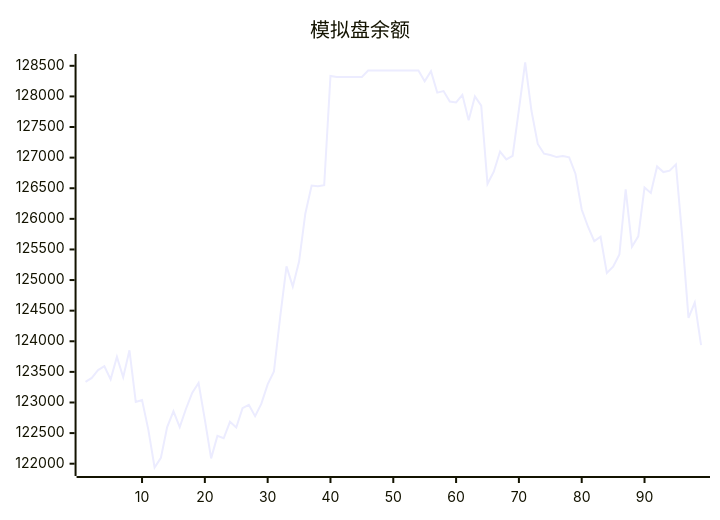
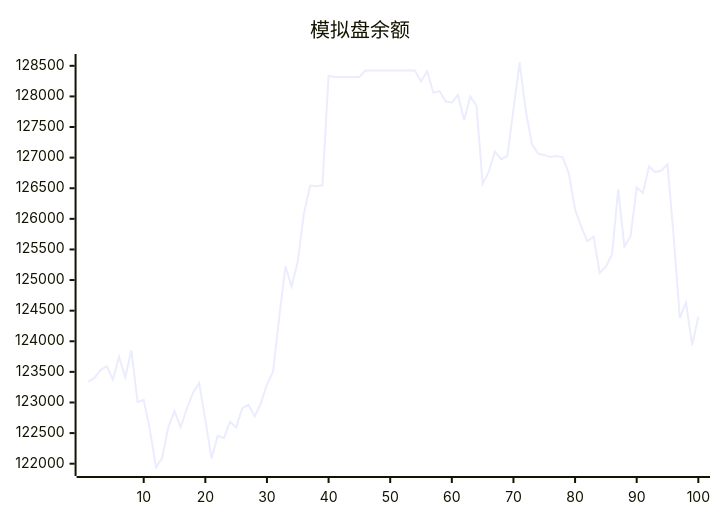
Before and after one commit to aahl/ai-trading: the diagram in README.md, drawn with Mermaid. The commit also changed other lines of this file and 1 other file, not shown here.

````diff
--- a/README.md
+++ b/README.md
@@ -5,5 +5,5 @@
 ```mermaid
 xychart
     title "模拟盘余额"
-    line [123338,123402,123530,123592,123378,123745,123413,123853,123009,123040,122557,121938,122095,122599,122856,122597,122898,123160,123319,122719,122087,122454,122416,122685,122592,122907,122961,122776,122981,123295,123507,124403,125224,124894,125303,126088,126544,126534,126549,128335,128318,128318,128318,128318,128318,128424,128424,128424,128424,128424,128424,128424,128424,128424,128247,128412,128062,128087,127917,127901,128026,127611,128000,127850,126572,126770,127100,126971,127029,127783,128554,127765,127224,127064,127044,127009,127025,127004,126738,126152,125871,125635,125707,125117,125217,125420,126480,125545,125715,126511,126424,126856,126764,126788,126890,125710,124381,124632,123936]
+    line [123338,123402,123530,123592,123378,123745,123413,123853,123009,123040,122557,121938,122095,122599,122856,122597,122898,123160,123319,122719,122087,122454,122416,122685,122592,122907,122961,122776,122981,123295,123507,124403,125224,124894,125303,126088,126544,126534,126549,128335,128318,128318,128318,128318,128318,128424,128424,128424,128424,128424,128424,128424,128424,128424,128247,128412,128062,128087,127917,127901,128026,127611,128000,127850,126572,126770,127100,126971,127029,127783,128554,127765,127224,127064,127044,127009,127025,127004,126738,126152,125871,125635,125707,125117,125217,125420,126480,125545,125715,126511,126424,126856,126764,126788,126890,125710,124381,124632,123936,124402]
 ```
````
